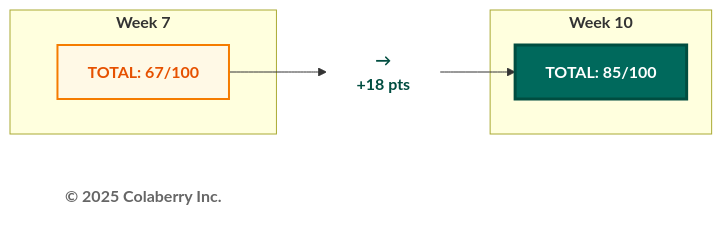
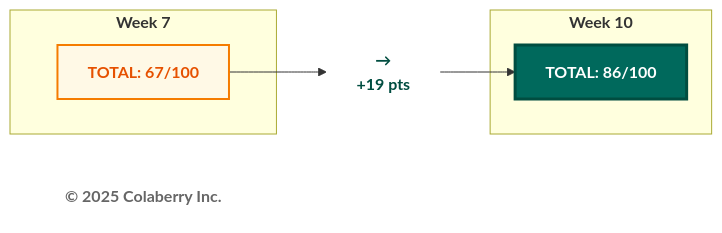
Diagram 12 of 14 in manuscript/07_chapter_6_transparency_orchestration_layers.md (saitejesh-cyber/trust-before-intelligence-book), drawn with Mermaid before and after one commit. The commit also changed other lines of this file and 2 other files, not shown here.

````diff
--- a/manuscript/07_chapter_6_transparency_orchestration_layers.md
+++ b/manuscript/07_chapter_6_transparency_orchestration_layers.md
@@ -1171,21 +1154,21 @@
 ```mermaid
 graph LR
     subgraph "<b>Week 7</b>"
         W7["<b>TOTAL: 67/100</b>"]
     end
     
-    Arrow["<b>→</b><br/><b>+18 pts</b>"]
+    Arrow["<b>→</b><br/><b>+19 pts</b>"]
     
     subgraph "<b>Week 10</b>"
-        W10["<b>TOTAL: 85/100</b>"]
+        W10["<b>TOTAL: 86/100</b>"]
     end
     
     Copyright["<b>© 2025 Colaberry Inc.</b>"]
     
     W7 --> Arrow --> W10
     
     style W7 fill:#fff9e6,stroke:#f57c00,stroke-width:2px,color:#e65100
     style Arrow fill:#ffffff,stroke:none,color:#004d40
     style W10 fill:#00695c,color:#ffffff,stroke:#004d40,stroke-width:3px
     style Copyright fill:#ffffff,stroke:none,color:#666666
 ```
````
